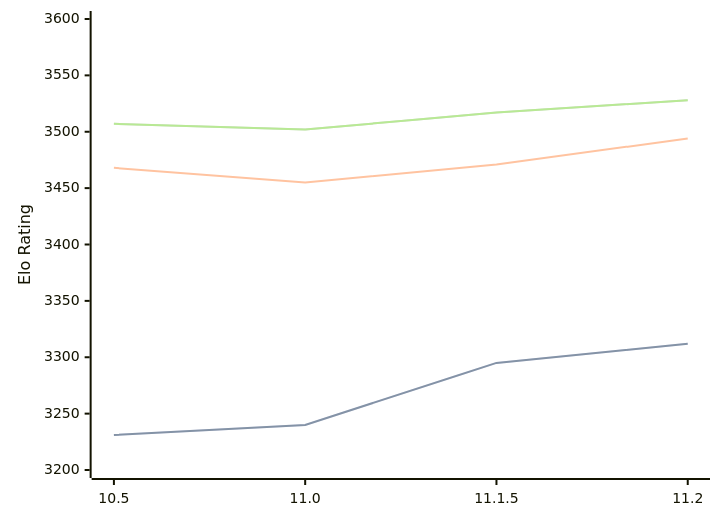
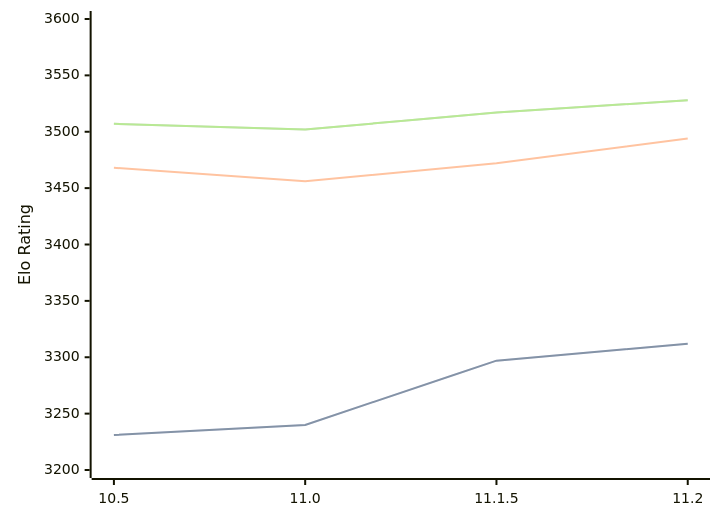
One commit to computer-chess-index/cci changed the diagram in engines/Lizard.md. Above: the diagram before and after it, drawn with Mermaid. The commit also changed other lines of this file, not shown here.

````diff
--- a/engines/Lizard.md
+++ b/engines/Lizard.md
@@ -34,11 +34,11 @@
 ```mermaid
 %%{init: {"theme":"base","themeVariables":{"seriesColors:['#a3a3a3','#222221','#faa371']}}}%%
 xychart-beta
   x-axis ["10.5", "11.0", "11.1.5", "11.2"]
   y-axis "Elo Rating" 3200 --> 3600
-  line "" [3231, 3240, 3295, 3312]
-  line "STC (8.0+0.08s)" [3231, 3240, 3295, 3312]
-  line "LTC (60.0+0.60s)" [3468, 3455, 3471, 3494]
+  line "" [3231, 3240, 3297, 3312]
+  line "STC (8.0+0.08s)" [3231, 3240, 3297, 3312]
+  line "LTC (60.0+0.60s)" [3468, 3456, 3472, 3494]
   line "" [3507, 3502, 3517, 3528]
   line "VLTC (2m24s+1.12s)" [3507, 3502, 3517, 3528]
 ```
````
